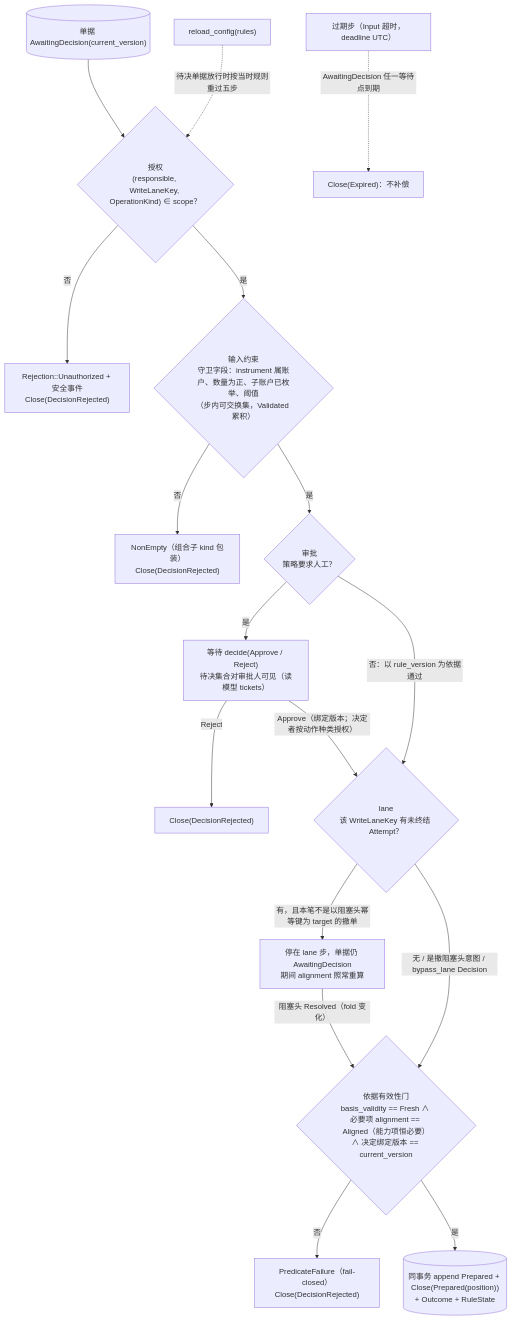
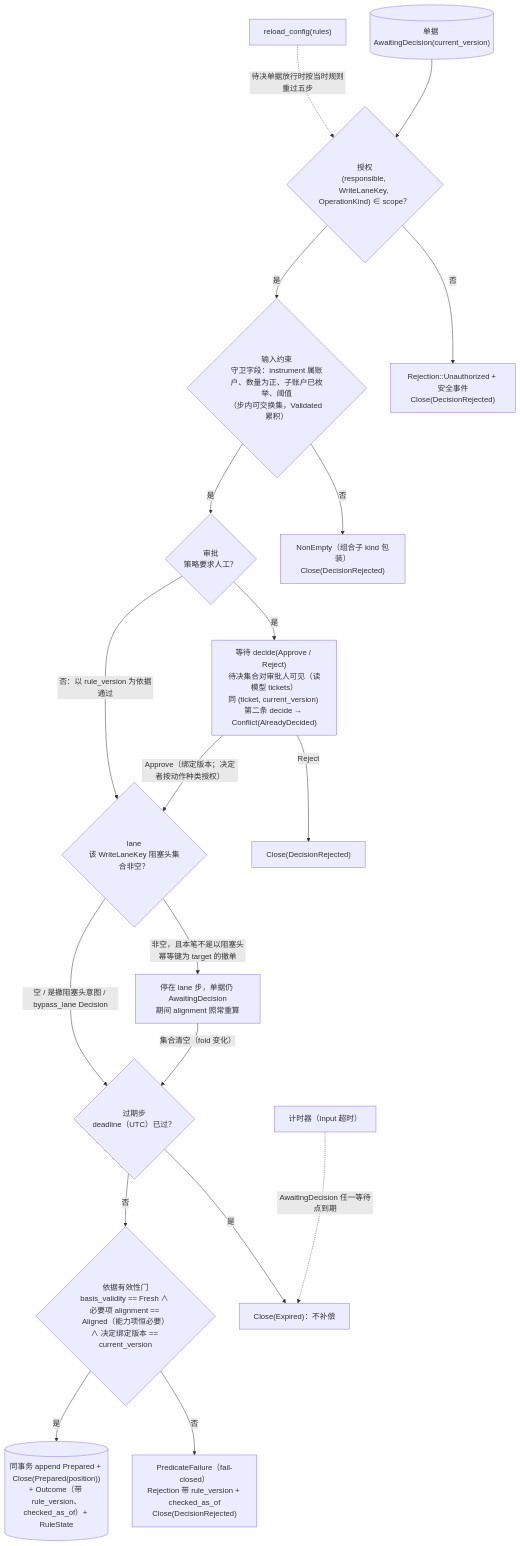
One commit to mouriya-s-lab/uta changed the third of 6 diagrams in design/diagrams/05-ticket-and-sts.md. Above: the diagram before and after it, drawn with Mermaid. The commit also changed other lines of this file and 9 other files, not shown here.

Commit message:
设计：并入 astra 复核——腿身份 AttemptRef、回执/证据字节归执行事实、EffectResponse 完成事实、AwaitingTargetTerminal 有界出口、ReconciliationReopened 重开取证、取证记录矩阵（Unavailable 不算取证）、lane 集合语义贯通、恢复先判 Resolved、alignment 读当前流末 + checked_as_of、一版一决 Conflict(AlreadyDecided)、Lag/完备位置切面、唯一边=类型依赖与语义消费、XA 类比改设计标签；图 D1–D9 同步

````diff
--- a/design/diagrams/05-ticket-and-sts.md
+++ b/design/diagrams/05-ticket-and-sts.md
@@ -76,22 +76,25 @@
 ```mermaid
 flowchart TB
   IN[("单据 AwaitingDecision(current_version)")]
   IN --> A{"授权<br/>(responsible, WriteLaneKey, OperationKind) ∈ scope？"}
   A -->|"否"| RJ1["Rejection::Unauthorized + 安全事件<br/>Close(DecisionRejected)"]
   A -->|"是"| B{"输入约束<br/>守卫字段：instrument 属账户、数量为正、子账户已枚举、阈值<br/>（步内可交换集，Validated 累积）"}
   B -->|"否"| RJ2["NonEmpty<Rejection>（组合子 kind 包装）<br/>Close(DecisionRejected)"]
   B -->|"是"| C{"审批<br/>策略要求人工？"}
-  C -->|"是"| WAITC["等待 decide(Approve / Reject)<br/>待决集合对审批人可见（读模型 tickets）"]
+  C -->|"是"| WAITC["等待 decide(Approve / Reject)<br/>待决集合对审批人可见（读模型 tickets）<br/>同 (ticket, current_version) 第二条 decide → Conflict(AlreadyDecided)"]
   WAITC -->|"Reject"| RJ3["Close(DecisionRejected)"]
   WAITC -->|"Approve（绑定版本；决定者按动作种类授权）"| D
   C -->|"否：以 rule_version 为依据通过"| D
-  D{"lane<br/>该 WriteLaneKey 有未终结 Attempt？"}
-  D -->|"有，且本笔不是以阻塞头幂等键为 target 的撤单"| WAITD["停在 lane 步，单据仍 AwaitingDecision<br/>期间 alignment 照常重算"]
-  WAITD -->|"阻塞头 Resolved（fold 变化）"| G
-  D -->|"无 / 是撤阻塞头意图 / bypass_lane Decision"| G
+  D{"lane<br/>该 WriteLaneKey 阻塞头集合非空？"}
+  D -->|"非空，且本笔不是以阻塞头幂等键为 target 的撤单"| WAITD["停在 lane 步，单据仍 AwaitingDecision<br/>期间 alignment 照常重算"]
+  WAITD -->|"集合清空（fold 变化）"| E
+  D -->|"空 / 是撤阻塞头意图 / bypass_lane Decision"| E
+  E{"过期步<br/>deadline（UTC）已过？"}
+  E -->|"是"| RJ5["Close(Expired)：不补偿"]
+  E -->|"否"| G
   G{"依据有效性门<br/>basis_validity == Fresh ∧ 必要项 alignment == Aligned（能力项恒必要）∧ 决定绑定版本 == current_version"}
-  G -->|"否"| RJ4["PredicateFailure（fail-closed）<br/>Close(DecisionRejected)"]
-  G -->|"是"| OUT[("同事务 append Prepared + Close(Prepared(position))<br/>+ Outcome + RuleState")]
-  E["过期步（Input 超时，deadline UTC）"] -.->|"AwaitingDecision 任一等待点到期"| RJ5["Close(Expired)：不补偿"]
+  G -->|"否"| RJ4["PredicateFailure（fail-closed）<br/>Rejection 带 rule_version + checked_as_of<br/>Close(DecisionRejected)"]
+  G -->|"是"| OUT[("同事务 append Prepared + Close(Prepared(position))<br/>+ Outcome（带 rule_version、checked_as_of）+ RuleState")]
+  TMR["计时器（Input 超时）"] -.->|"AwaitingDecision 任一等待点到期"| RJ5
   RL["reload_config(rules)"] -.->|"待决单据放行时按当时规则重过五步"| A
 ```
````
